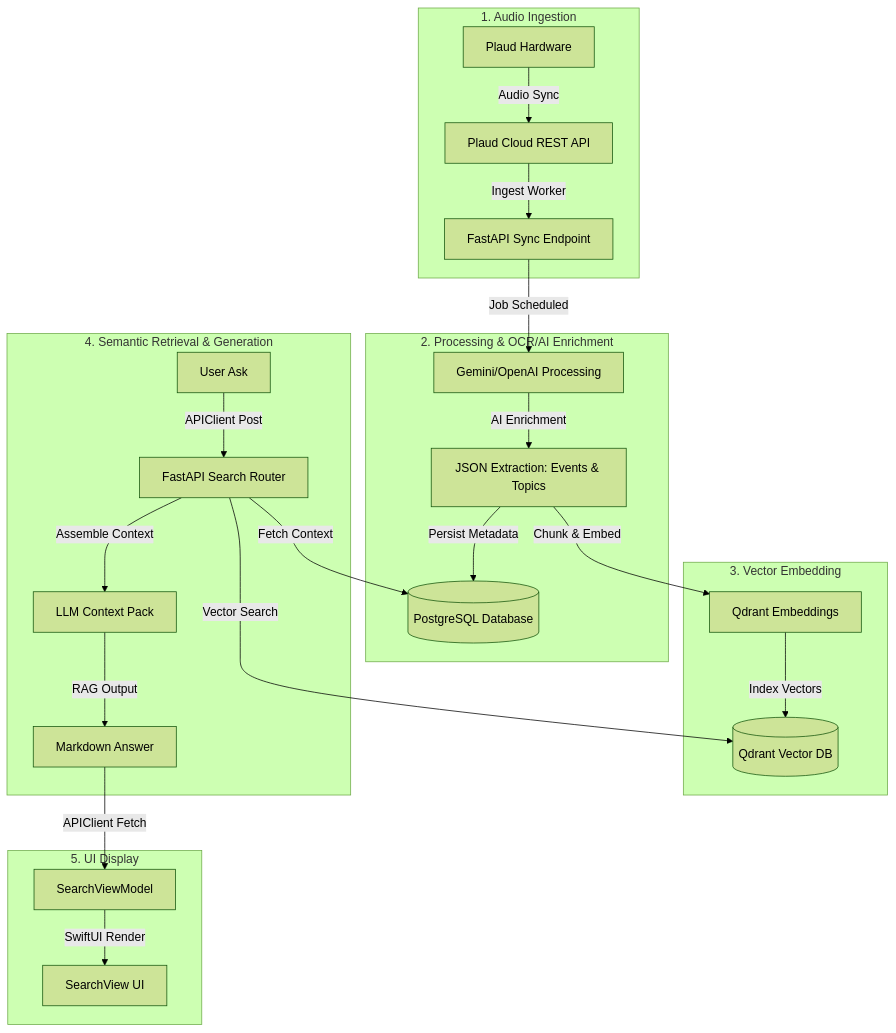
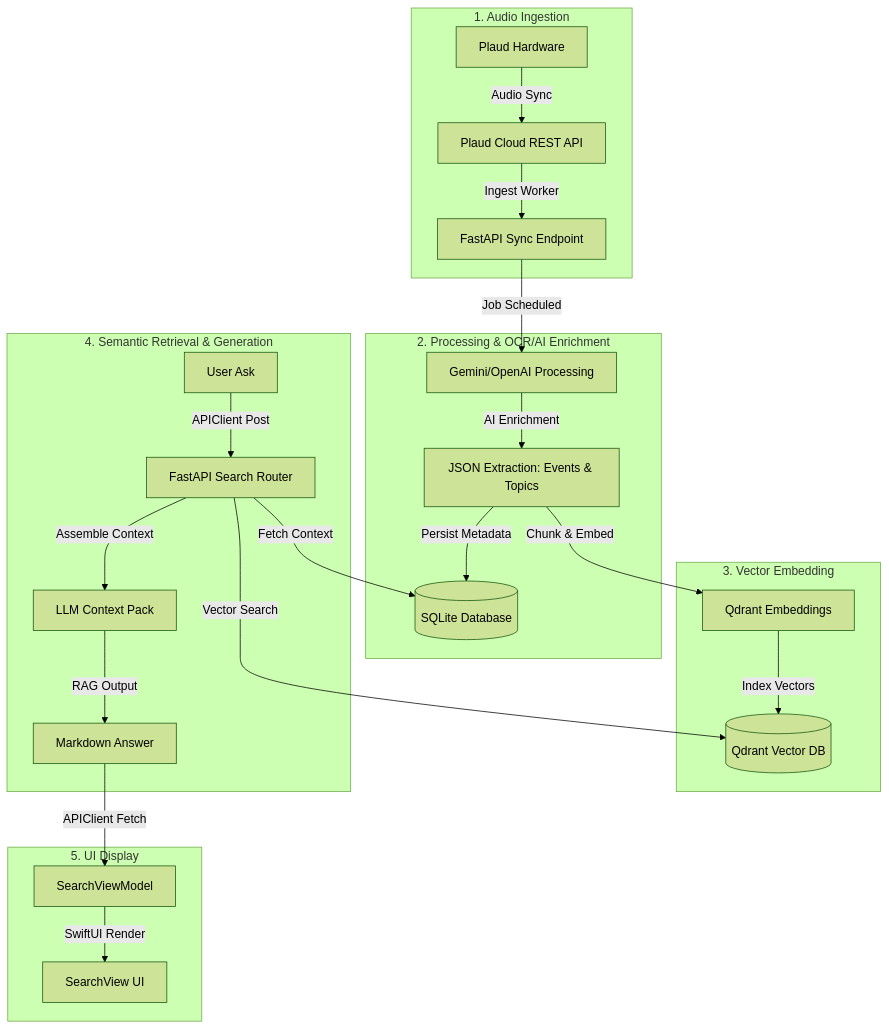
Before and after one commit to Gunnarguy/PlaudBlender: the third of 4 diagrams in PlaudBlenderiOS/README.md, drawn with Mermaid (forest theme). The commit also changed other lines of this file and 2 other files, not shown here.

Commit message:
iOS docs: the backend stores data in SQLite, not PostgreSQL
No backend code uses PostgreSQL; the store is SQLite with Qdrant for vectors. The iOS masterplan still describes a possible PostgreSQL migration as a plan and is unchanged.

````diff
--- a/PlaudBlenderiOS/README.md
+++ b/PlaudBlenderiOS/README.md
@@ -153,31 +153,31 @@
 ```mermaid
 flowchart TD
     subgraph Ingestion ["1. Audio Ingestion"]
         P1[Plaud Hardware] -->|Audio Sync| P2[Plaud Cloud REST API]
         P2 -->|Ingest Worker| J1[FastAPI Sync Endpoint]
     end
 
     subgraph Processing ["2. Processing & OCR/AI Enrichment"]
         J1 -->|Job Scheduled| J2[Gemini/OpenAI Processing]
         J2 -->|AI Enrichment| J3[JSON Extraction: Events & Topics]
-        J3 -->|Persist Metadata| DB[(PostgreSQL Database)]
+        J3 -->|Persist Metadata| DB[(SQLite Database)]
     end
 
     subgraph Indexing ["3. Vector Embedding"]
         J3 -->|Chunk & Embed| J4[Qdrant Embeddings]
         J4 -->|Index Vectors| VS[(Qdrant Vector DB)]
     end
 
     subgraph Query ["4. Semantic Retrieval & Generation"]
         U[User Ask] -->|APIClient Post| J5[FastAPI Search Router]
         J5 -->|Vector Search| VS
         J5 -->|Fetch Context| DB
         J5 -->|Assemble Context| LLM[LLM Context Pack]
         LLM -->|RAG Output| R[Markdown Answer]
     end
 
     subgraph Rendering ["5. UI Display"]
         R -->|APIClient Fetch| VM[SearchViewModel]
         VM -->|SwiftUI Render| V[SearchView UI]
     end
 ```
````
